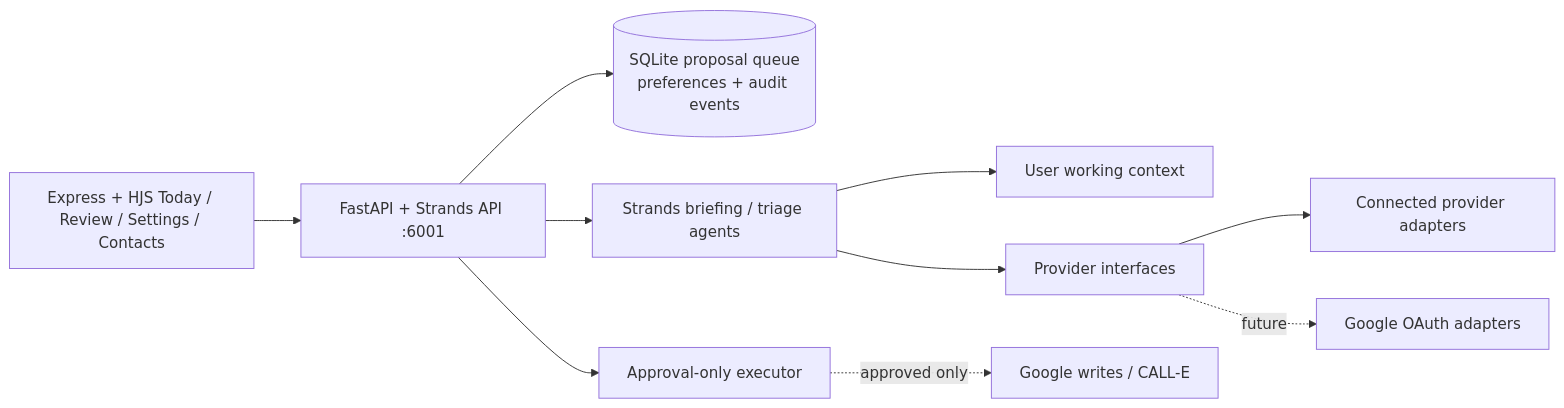
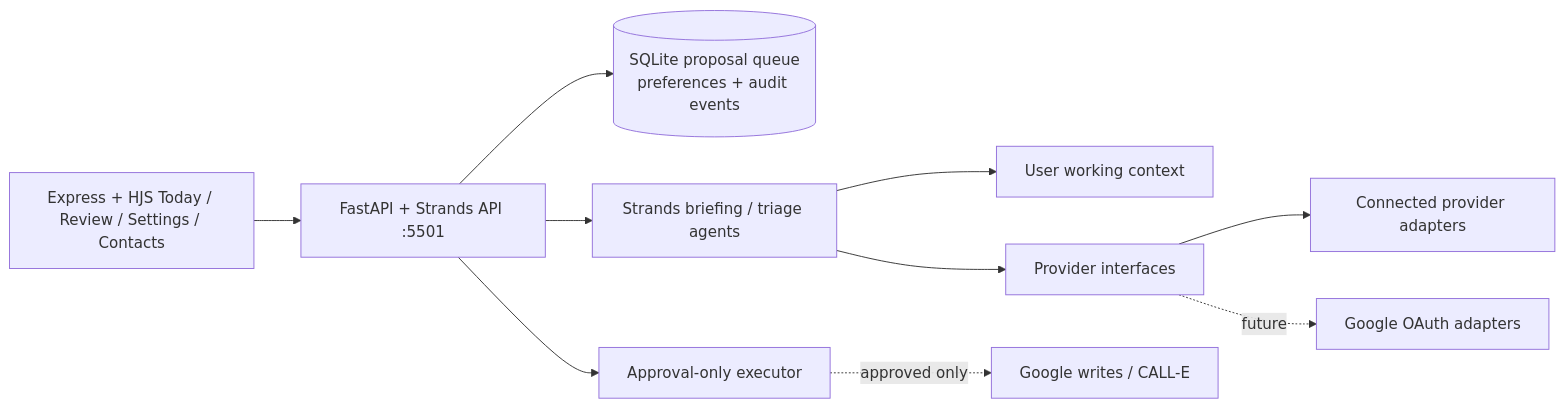
Before and after one commit to juliana-hill/openpip.me: the diagram in docs/ARCHITECTURE.md, drawn with Mermaid. The commit also changed other lines of this file and 55 other files, not shown here.

````diff
--- a/docs/ARCHITECTURE.md
+++ b/docs/ARCHITECTURE.md
@@ -7,12 +7,12 @@
 ```mermaid
 flowchart LR
- UI[Express + HJS Today / Review / Settings / Contacts] --> API[FastAPI + Strands API :6001]
+ UI[Express + HJS Today / Review / Settings / Contacts] --> API[FastAPI + Strands API :5501]
   API --> Store[(SQLite proposal queue\npreferences + audit events)]
   API --> Agent[Strands briefing / triage agents]
   Agent --> Context[User working context]
   Agent --> Providers[Provider interfaces]
   Providers --> Connected[Connected provider adapters]
   Providers -. future .-> Google[Google OAuth adapters]
   API --> Gate[Approval-only executor]
   Gate -. approved only .-> Effects[Google writes / CALL-E]
 ```
````
